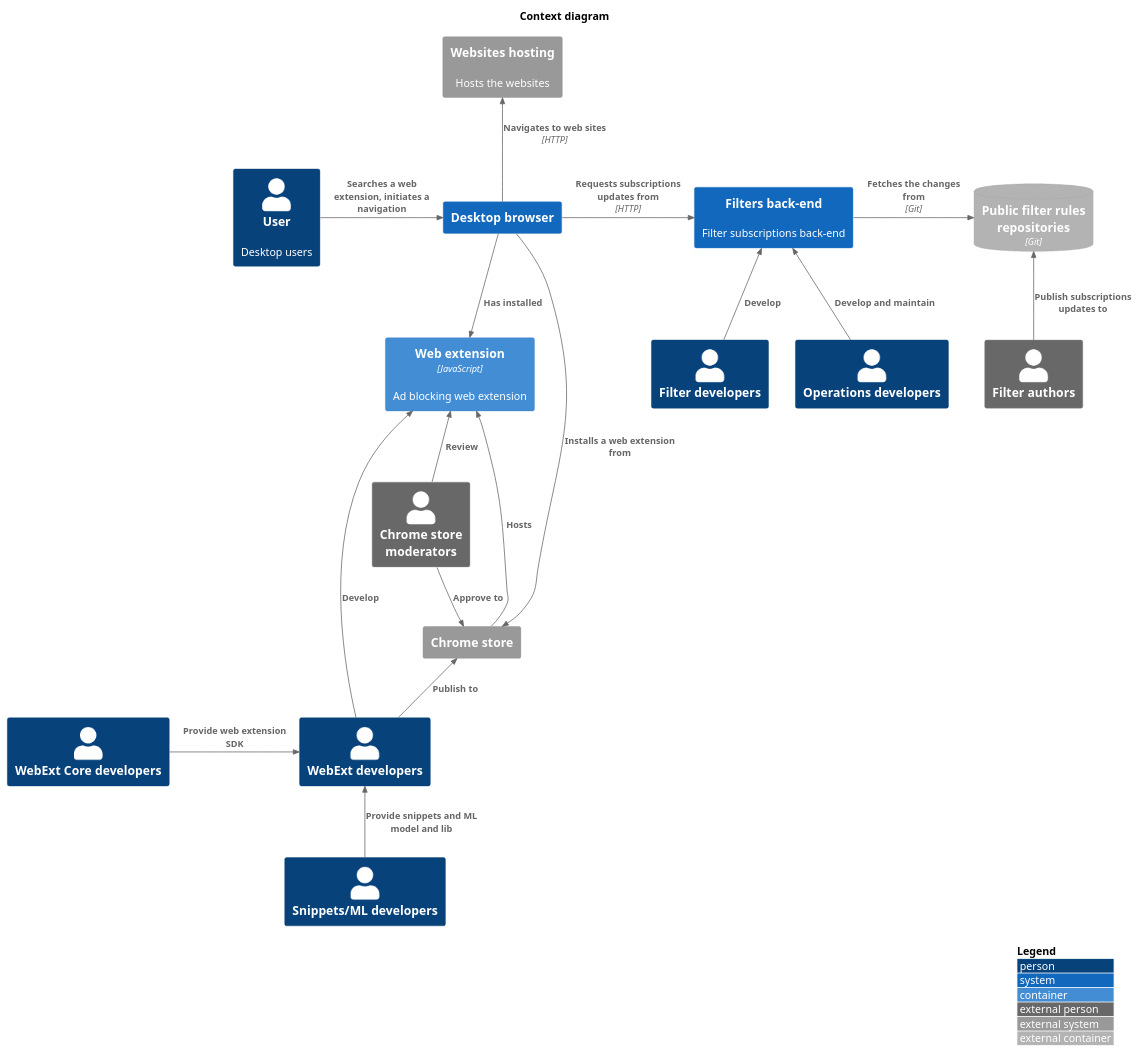
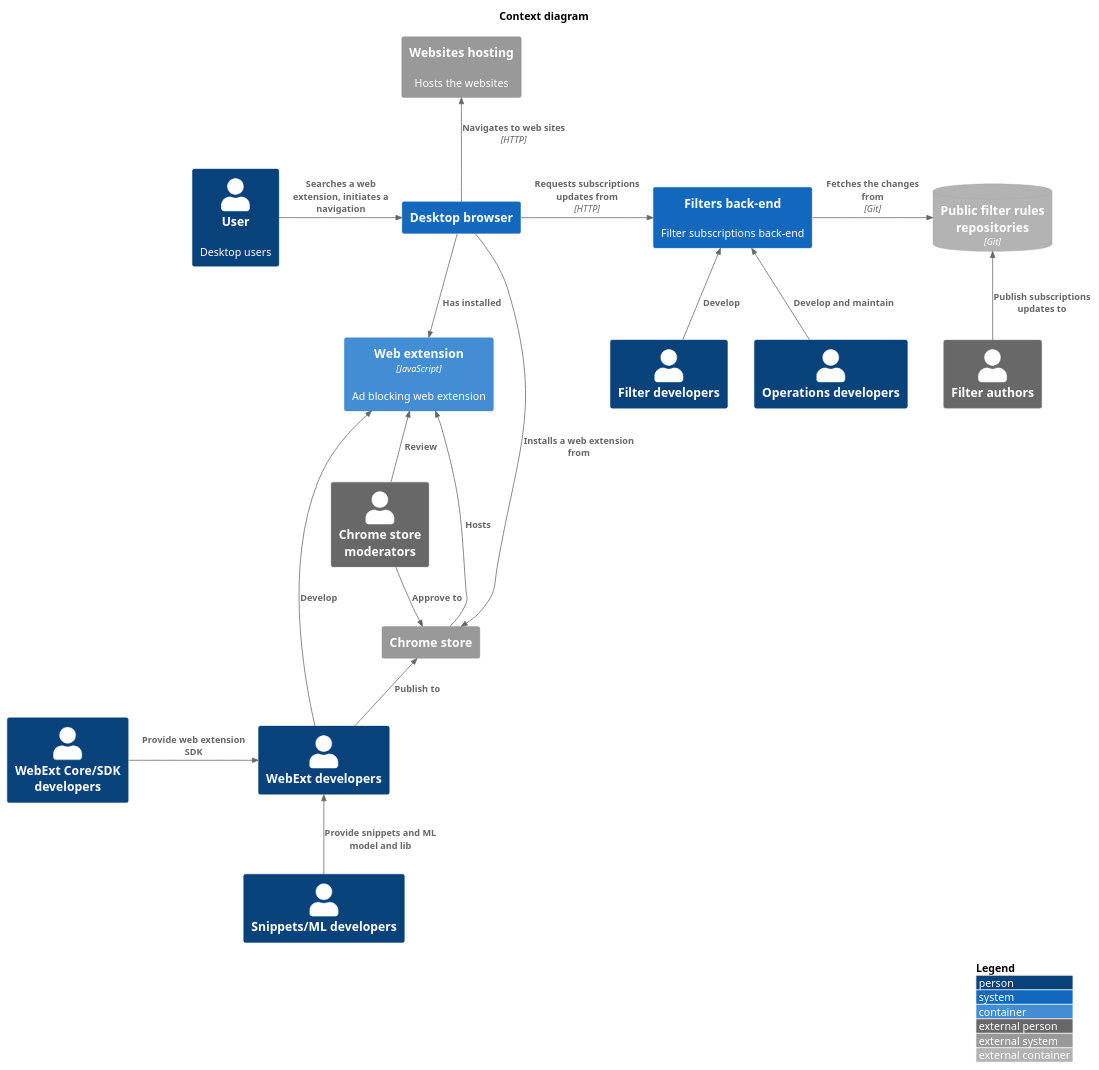
The diagram in context.puml (4ntoine/mv3_spec_c4), drawn with PlantUML before and after one commit.

Commit message:
Minor phrasing improvement.

```diff
--- a/context.puml
+++ b/context.puml
@@ -1,45 +1,45 @@
 @startuml
 !include https://raw.githubusercontent.com/plantuml-stdlib/C4-PlantUML/master/C4_Context.puml
 !include https://raw.githubusercontent.com/plantuml-stdlib/C4-PlantUML/master/C4_Container.puml
 
 LAYOUT_WITH_LEGEND()
 title Context diagram
 
 ' persons
 Person(user, "User", "Desktop users")
-Person(coreDevs, "WebExt Core developers")
+Person(coreDevs, "WebExt Core/SDK developers")
 Person(webExtDevs, "WebExt developers")
 Person(snippetDevs, "Snippets/ML developers")
 Person(filterDevs, "Filter developers")
 Person(ops, "Operations developers")
 Person_Ext(filterAuthors, "Filter authors")
 Person_Ext(chromeStoreModerators, "Chrome store moderators")
 
 ' system itself
 System(browser, "Desktop browser")
 Container(webExt, "Web extension", "JavaScript", "Ad blocking web extension")
 System(backEnd, "Filters back-end", "Filter subscriptions back-end")
 
 ' ext systems
 System_Ext(chromeStore, "Chrome store")
 System_Ext(websiteHosting, "Websites hosting", "Hosts the websites")
 ContainerDb_Ext(gitRepo, "Public filter rules repositories", "Git")
 
 ' relations
 Rel_R(user, browser, "Searches a web extension, initiates a navigation")
 Rel_U(browser, websiteHosting, "Navigates to web sites", "HTTP")
 Rel_R(coreDevs, webExtDevs, "Provide web extension SDK")
 Rel_U(snippetDevs, webExtDevs, "Provide snippets and ML model and lib")
 Rel_U(webExtDevs, chromeStore, "Publish to")
 Rel_R(webExtDevs, webExt, "Develop")
 Rel_D(browser, chromeStore, "Installs a web extension from")
 Rel_R(chromeStore, webExt, "Hosts")
 Rel_D(browser, webExt, "Has installed")
 Rel_U(chromeStoreModerators, webExt, "Review")
 Rel(chromeStoreModerators, chromeStore, "Approve to")
 Rel_U(filterDevs, backEnd, "Develop")
 Rel_U(ops, backEnd, "Develop and maintain")
 Rel_U(filterAuthors, gitRepo, "Publish subscriptions updates to")
 Rel_R(browser, backEnd, "Requests subscriptions updates from", "HTTP")
 Rel_R(backEnd, gitRepo, "Fetches the changes from", "Git")
 @enduml
```
